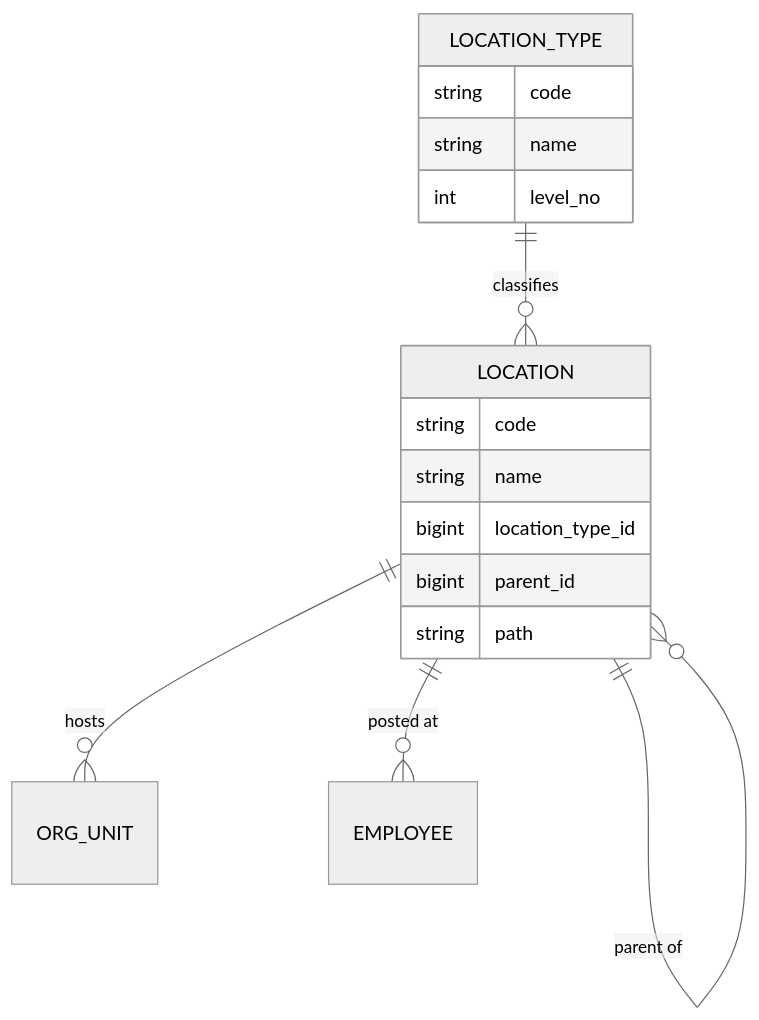
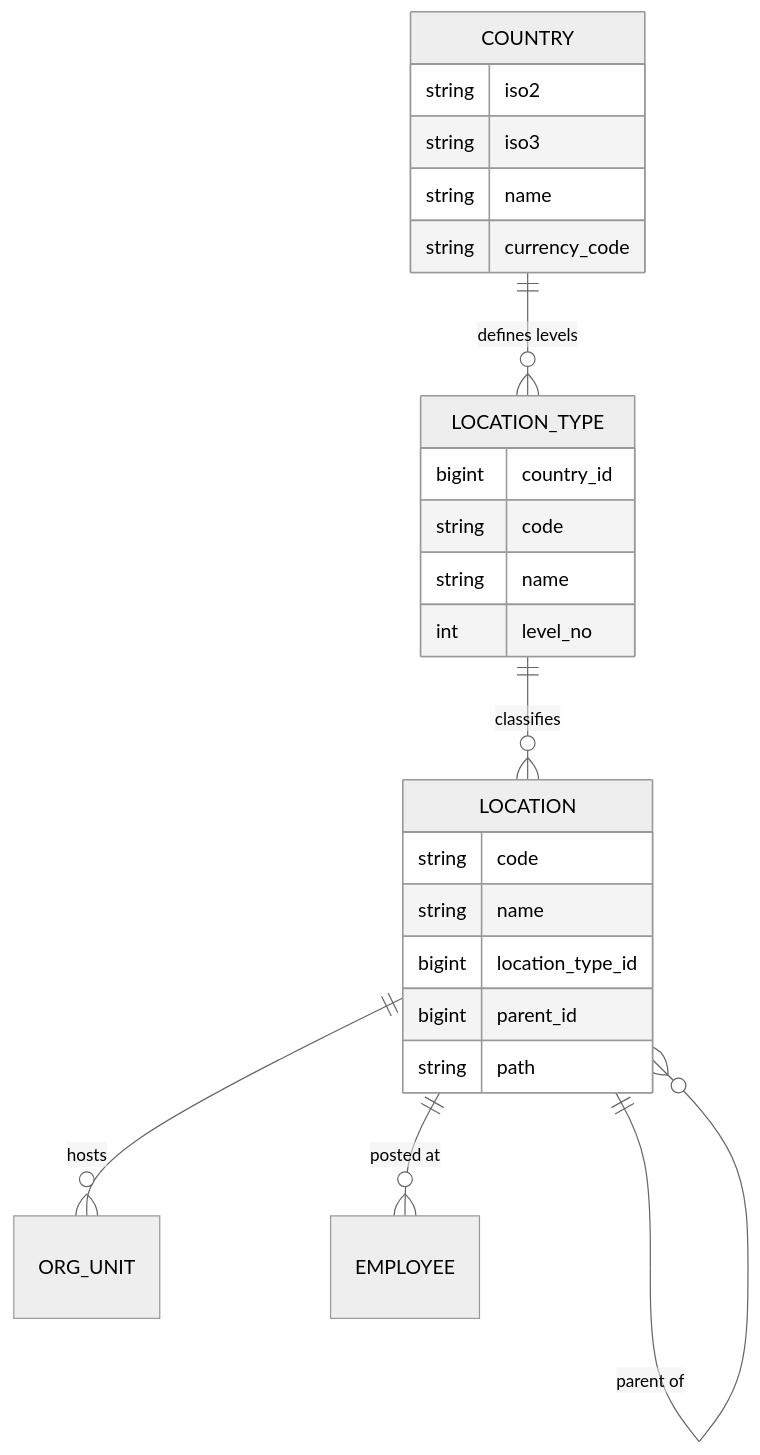
One commit to arif3hosain/employee-organogram-location-configuration changed the first of 5 diagrams in README.md. Above: the diagram before and after it, drawn with Mermaid (neutral theme). The commit also changed other lines of this file and 35 other files, not shown here.

````diff
--- a/README.md
+++ b/README.md
@@ -170,19 +171,27 @@
 ```mermaid
 erDiagram
+    COUNTRY ||--o{ LOCATION_TYPE : "defines levels"
     LOCATION_TYPE ||--o{ LOCATION : "classifies"
     LOCATION ||--o{ LOCATION : "parent of"
     LOCATION ||--o{ ORG_UNIT : "hosts"
     LOCATION ||--o{ EMPLOYEE : "posted at"
+    COUNTRY {
+        string iso2
+        string iso3
+        string name
+        string currency_code
+    }
     LOCATION_TYPE {
+        bigint country_id
         string code
         string name
         int level_no
     }
     LOCATION {
         string code
         string name
         bigint location_type_id
         bigint parent_id
         string path
     }
 ```
````
